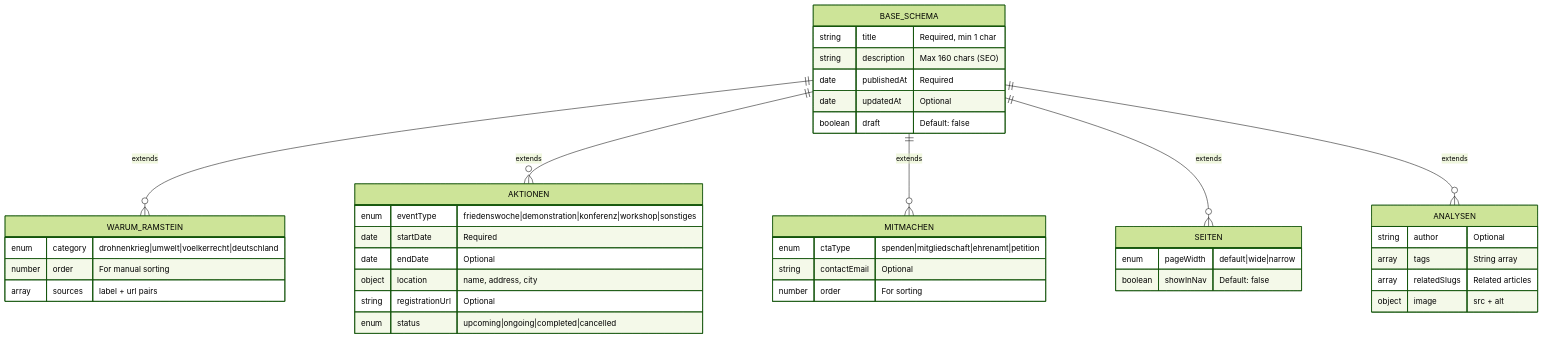
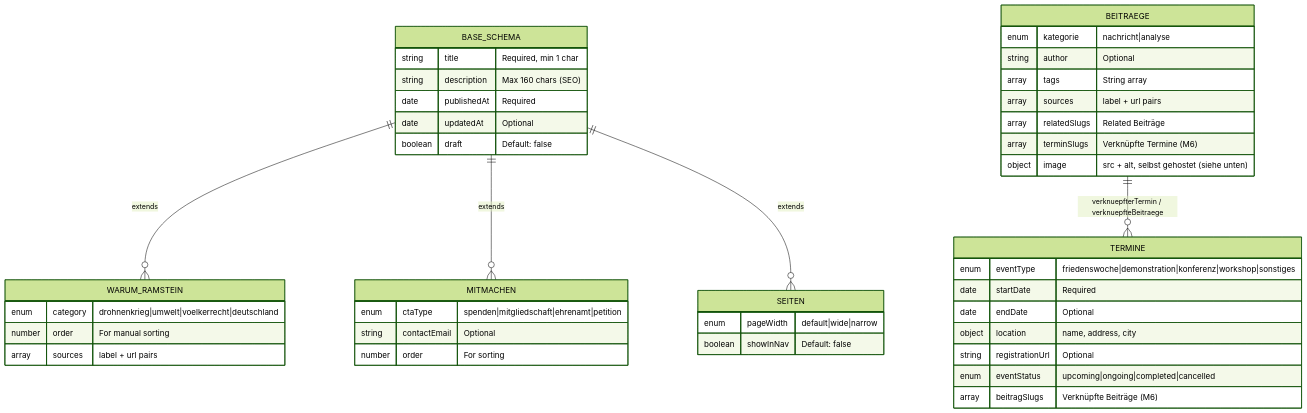
One commit to Acephali92/SAR2.0 changed the fourth of 5 diagrams in docs/ARCHITEKTUR.md. Above: the diagram before and after it, drawn with Mermaid (forest theme). The commit also changed other lines of this file and 79 other files, not shown here.

````diff
--- a/docs/ARCHITEKTUR.md
+++ b/docs/ARCHITEKTUR.md
@@ -121,49 +133,52 @@
 ```mermaid
 erDiagram
     BASE_SCHEMA {
         string title "Required, min 1 char"
         string description "Max 160 chars (SEO)"
         date publishedAt "Required"
         date updatedAt "Optional"
         boolean draft "Default: false"
     }
 
     WARUM_RAMSTEIN {
         enum category "drohnenkrieg|umwelt|voelkerrecht|deutschland"
         number order "For manual sorting"
         array sources "label + url pairs"
     }
 
-    AKTIONEN {
-        enum eventType "friedenswoche|demonstration|konferenz|workshop|sonstiges"
-        date startDate "Required"
-        date endDate "Optional"
-        object location "name, address, city"
-        string registrationUrl "Optional"
-        enum status "upcoming|ongoing|completed|cancelled"
-    }
-
     MITMACHEN {
         enum ctaType "spenden|mitgliedschaft|ehrenamt|petition"
         string contactEmail "Optional"
         number order "For sorting"
     }
 
     SEITEN {
         enum pageWidth "default|wide|narrow"
         boolean showInNav "Default: false"
     }
 
-    ANALYSEN {
+    BEITRAEGE {
+        enum kategorie "nachricht|analyse"
         string author "Optional"
         array tags "String array"
-        array relatedSlugs "Related articles"
-        object image "src + alt"
+        array sources "label + url pairs"
+        array relatedSlugs "Related Beiträge"
+        array terminSlugs "Verknüpfte Termine (M6)"
+        object image "src + alt, selbst gehostet (siehe unten)"
+    }
+
+    TERMINE {
+        enum eventType "friedenswoche|demonstration|konferenz|workshop|sonstiges"
+        date startDate "Required"
+        date endDate "Optional"
+        object location "name, address, city"
+        string registrationUrl "Optional"
+        enum eventStatus "upcoming|ongoing|completed|cancelled"
+        array beitragSlugs "Verknüpfte Beiträge (M6)"
     }
 
     BASE_SCHEMA ||--o{ WARUM_RAMSTEIN : extends
-    BASE_SCHEMA ||--o{ AKTIONEN : extends
     BASE_SCHEMA ||--o{ MITMACHEN : extends
     BASE_SCHEMA ||--o{ SEITEN : extends
-    BASE_SCHEMA ||--o{ ANALYSEN : extends
+    BEITRAEGE ||--o{ TERMINE : "verknuepfterTermin / verknuepfteBeitraege"
 ```
````
